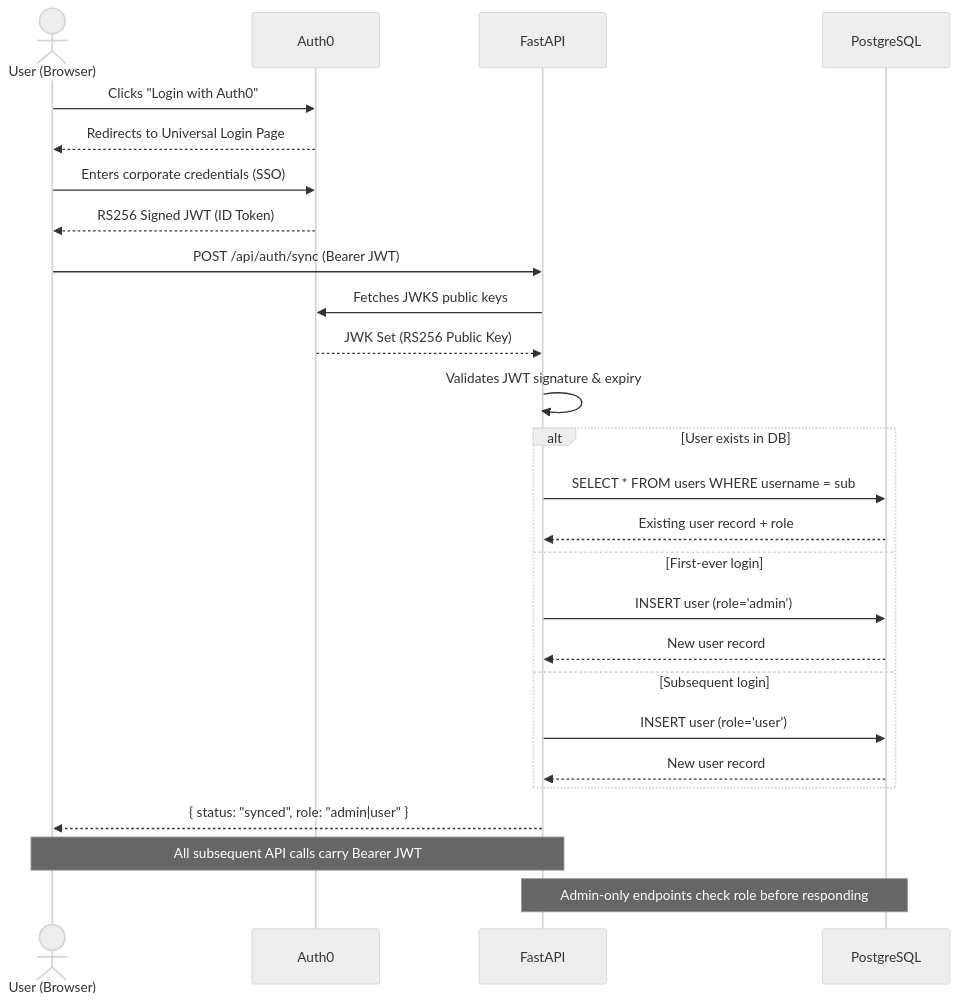
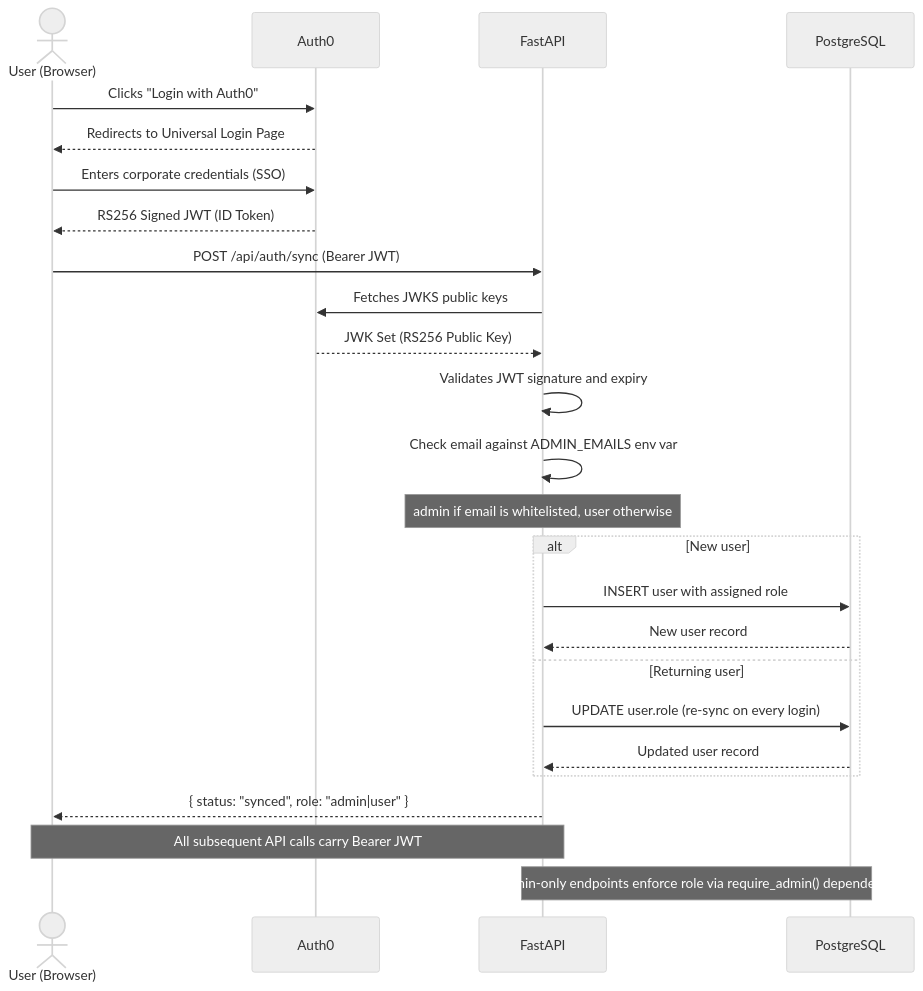
The third of 4 diagrams in README.md (BugHunterX2101/pii-masking-app), drawn with Mermaid (neutral theme) before and after one commit. The commit also changed other lines of this file, not shown here.

````diff
--- a/README.md
+++ b/README.md
@@ -206,33 +228,33 @@
 ```mermaid
 sequenceDiagram
 actor User as User (Browser)
 participant Auth0 as Auth0
 participant FastAPI as  FastAPI
 participant DB as  PostgreSQL
 
 User->>Auth0: Clicks "Login with Auth0"
 Auth0-->>User: Redirects to Universal Login Page
 User->>Auth0: Enters corporate credentials (SSO)
 Auth0-->>User: RS256 Signed JWT (ID Token)
 
 User->>FastAPI: POST /api/auth/sync (Bearer JWT)
 FastAPI->>Auth0: Fetches JWKS public keys
 Auth0-->>FastAPI: JWK Set (RS256 Public Key)
-FastAPI->>FastAPI: Validates JWT signature & expiry
+FastAPI->>FastAPI: Validates JWT signature and expiry
 
-alt User exists in DB
-FastAPI->>DB: SELECT * FROM users WHERE username = sub
-DB-->>FastAPI: Existing user record + role
-else First-ever login
-FastAPI->>DB: INSERT user (role='admin')
+FastAPI->>FastAPI: Check email against ADMIN_EMAILS env var
+Note over FastAPI: admin if email is whitelisted, user otherwise
+
+alt New user
+FastAPI->>DB: INSERT user with assigned role
 DB-->>FastAPI: New user record
-else Subsequent login
-FastAPI->>DB: INSERT user (role='user')
-DB-->>FastAPI: New user record
+else Returning user
+FastAPI->>DB: UPDATE user.role (re-sync on every login)
+DB-->>FastAPI: Updated user record
 end
 
 FastAPI-->>User: { status: "synced", role: "admin|user" }
 
 Note over User,FastAPI: All subsequent API calls carry Bearer JWT
-Note over FastAPI,DB: Admin-only endpoints check role before responding
+Note over FastAPI,DB: Admin-only endpoints enforce role via require_admin() dependency
 ```
````
